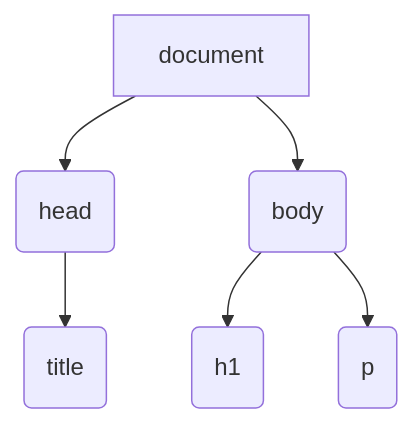
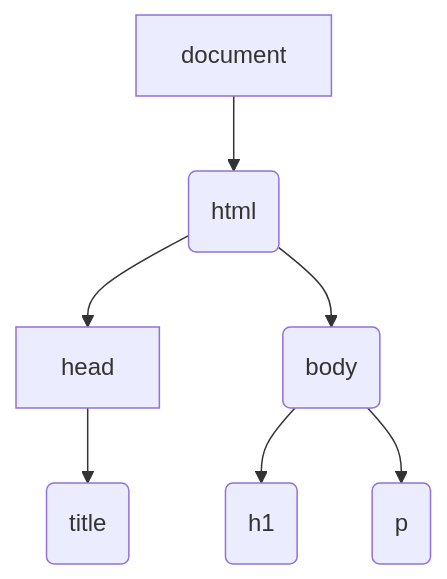
Before and after one commit to rafaelrpq/f1: the diagram in README.md, drawn with Mermaid.

````diff
--- a/README.md
+++ b/README.md
@@ -14,8 +14,9 @@
 ```mermaid
     graph TD
-    doc[document] --> head(head)
-    doc --> body(body)
+    doc[document] --> html(html)
+    html --> head
+    html --> body(body)
     head --> title(title)
     body --> h1(h1)
     body --> p(p)
 ```
````
